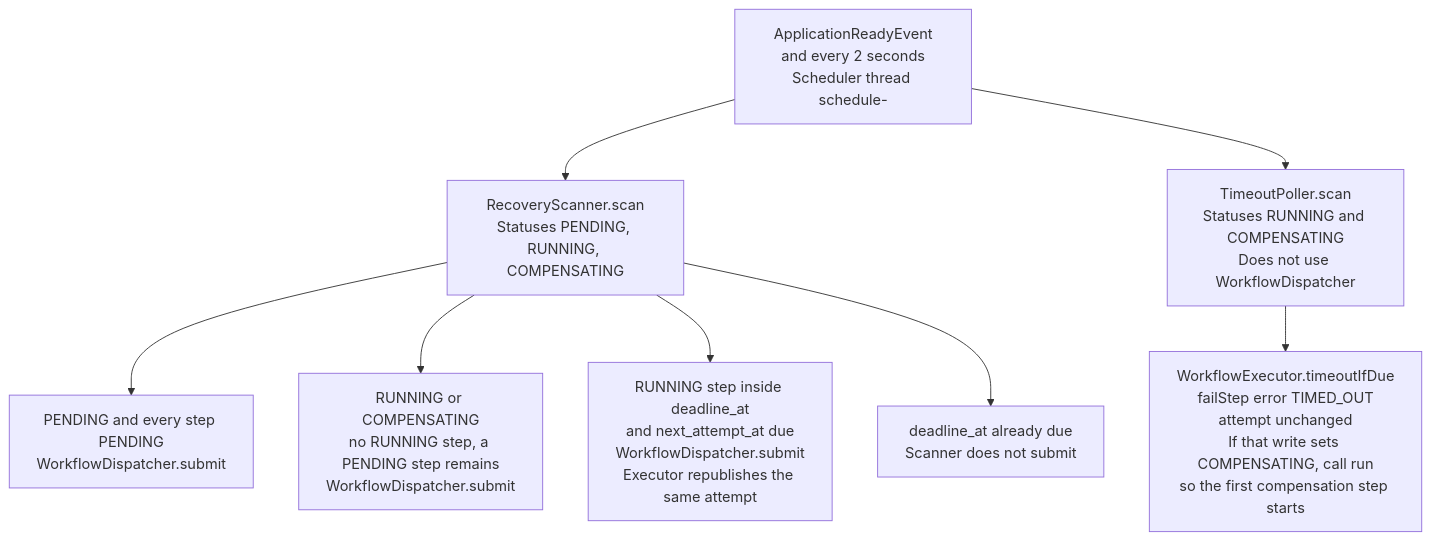
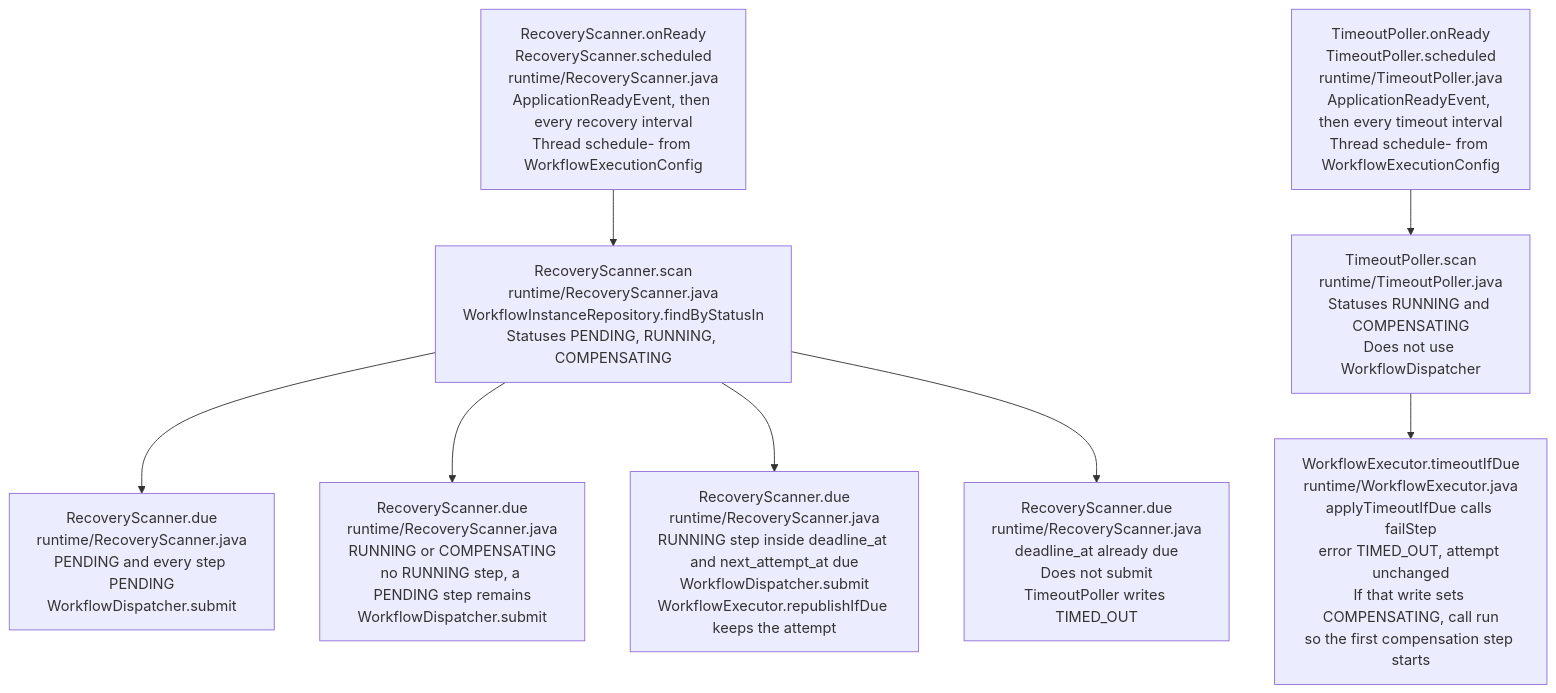
Before and after one commit to ganeshpc/distributed-workflow-engine: the fourth of 5 diagrams in engine/code-flow.md, drawn with Mermaid. The commit also changed other lines of this file, not shown here.

First line of the commit message:
Name each flow block with its class, method, and source file.

````diff
--- a/engine/code-flow.md
+++ b/engine/code-flow.md
@@ -113,18 +113,19 @@
 ```mermaid
 flowchart TD
-  ready["ApplicationReadyEvent<br/>and every 2 seconds<br/>Scheduler thread schedule-"]
-  scan["RecoveryScanner.scan<br/>Statuses PENDING, RUNNING, COMPENSATING"]
-  pending["PENDING and every step PENDING<br/>WorkflowDispatcher.submit"]
-  gap["RUNNING or COMPENSATING<br/>no RUNNING step, a PENDING step remains<br/>WorkflowDispatcher.submit"]
-  republish["RUNNING step inside deadline_at<br/>and next_attempt_at due<br/>WorkflowDispatcher.submit<br/>Executor republishes the same attempt"]
-  skip["deadline_at already due<br/>Scanner does not submit"]
-  poll["TimeoutPoller.scan<br/>Statuses RUNNING and COMPENSATING<br/>Does not use WorkflowDispatcher"]
-  timeout["WorkflowExecutor.timeoutIfDue<br/>failStep error TIMED_OUT<br/>attempt unchanged<br/>If that write sets COMPENSATING, call run<br/>so the first compensation step starts"]
+  readyScan["RecoveryScanner.onReady<br/>RecoveryScanner.scheduled<br/>runtime/RecoveryScanner.java<br/>ApplicationReadyEvent, then every recovery interval<br/>Thread schedule- from WorkflowExecutionConfig"]
+  scan["RecoveryScanner.scan<br/>runtime/RecoveryScanner.java<br/>WorkflowInstanceRepository.findByStatusIn<br/>Statuses PENDING, RUNNING, COMPENSATING"]
+  pending["RecoveryScanner.due<br/>runtime/RecoveryScanner.java<br/>PENDING and every step PENDING<br/>WorkflowDispatcher.submit"]
+  gap["RecoveryScanner.due<br/>runtime/RecoveryScanner.java<br/>RUNNING or COMPENSATING<br/>no RUNNING step, a PENDING step remains<br/>WorkflowDispatcher.submit"]
+  republish["RecoveryScanner.due<br/>runtime/RecoveryScanner.java<br/>RUNNING step inside deadline_at and next_attempt_at due<br/>WorkflowDispatcher.submit<br/>WorkflowExecutor.republishIfDue keeps the attempt"]
+  skip["RecoveryScanner.due<br/>runtime/RecoveryScanner.java<br/>deadline_at already due<br/>Does not submit<br/>TimeoutPoller writes TIMED_OUT"]
+  readyPoll["TimeoutPoller.onReady<br/>TimeoutPoller.scheduled<br/>runtime/TimeoutPoller.java<br/>ApplicationReadyEvent, then every timeout interval<br/>Thread schedule- from WorkflowExecutionConfig"]
+  poll["TimeoutPoller.scan<br/>runtime/TimeoutPoller.java<br/>Statuses RUNNING and COMPENSATING<br/>Does not use WorkflowDispatcher"]
+  timeout["WorkflowExecutor.timeoutIfDue<br/>runtime/WorkflowExecutor.java<br/>applyTimeoutIfDue calls failStep<br/>error TIMED_OUT, attempt unchanged<br/>If that write sets COMPENSATING, call run<br/>so the first compensation step starts"]
 
-  ready --> scan
+  readyScan --> scan
   scan --> pending
   scan --> gap
   scan --> republish
   scan --> skip
-  ready --> poll --> timeout
+  readyPoll --> poll --> timeout
 ```
````
